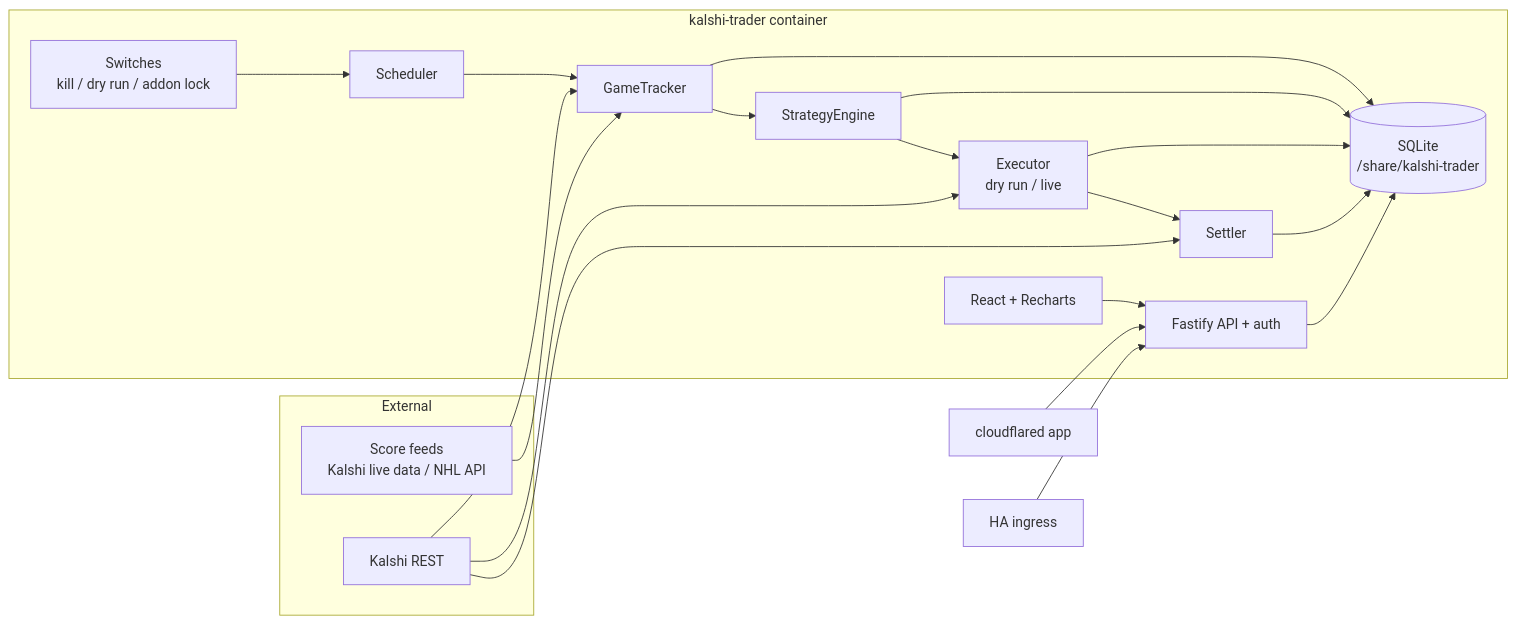
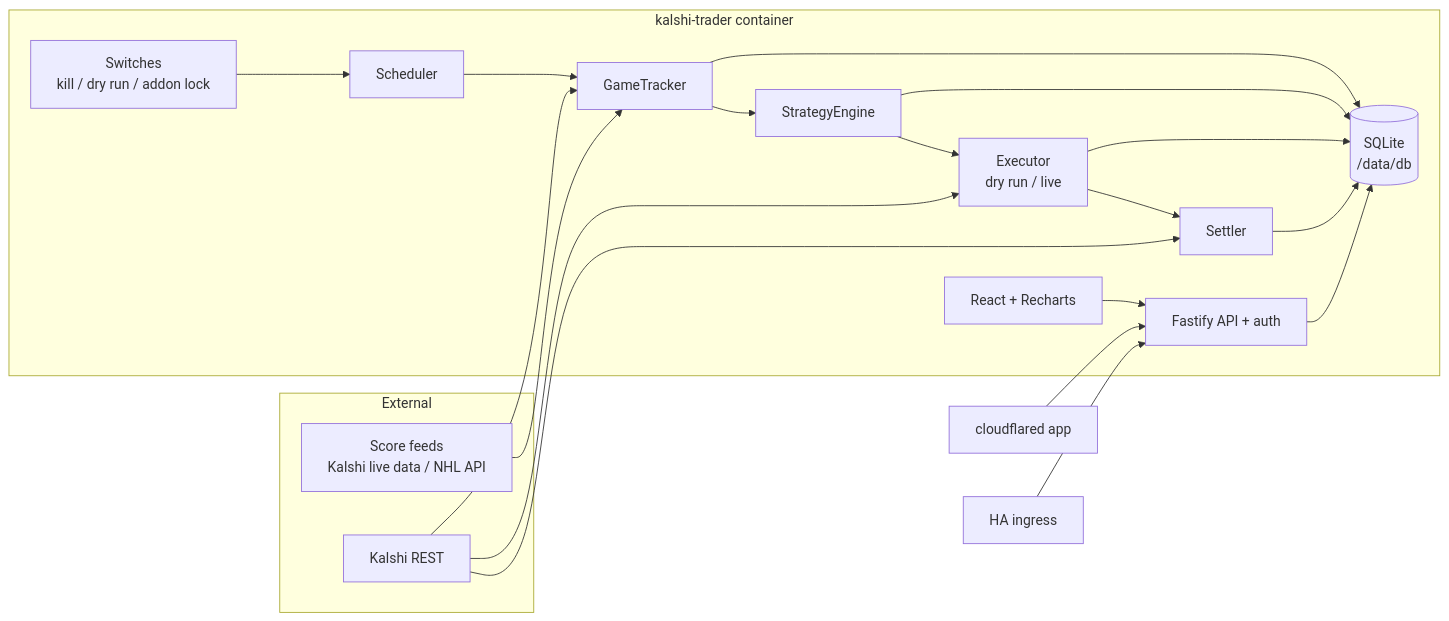
One commit to petrapa6/sports-trading changed the first of 2 diagrams in SPEC.md. Above: the diagram before and after it, drawn with Mermaid. The commit also changed other lines of this file and 2 other files, not shown here.

First line of the commit message:
SPEC: store data in /data, require ticking verified acceptance items

````diff
--- a/SPEC.md
+++ b/SPEC.md
@@ -220,21 +220,21 @@
 ```mermaid
 flowchart LR
   subgraph feeds[External]
     K[Kalshi REST]
     S[Score feeds<br/>Kalshi live data / NHL API]
   end
   subgraph app[kalshi-trader container]
     SW[Switches<br/>kill / dry run / addon lock] --> SCH
     SCH[Scheduler] --> GT[GameTracker]
     GT --> SE[StrategyEngine]
     SE --> EX[Executor<br/>dry run / live]
     EX --> ST[Settler]
-    GT & SE & EX & ST --> DB[(SQLite<br/>/share/kalshi-trader)]
+    GT & SE & EX & ST --> DB[(SQLite<br/>/data/db)]
     API[Fastify API + auth] --> DB
     UI[React + Recharts] --> API
   end
   K --> GT & EX & ST
   S --> GT
   CF[cloudflared app] --> API
   ING[HA ingress] --> API
 ```
````
